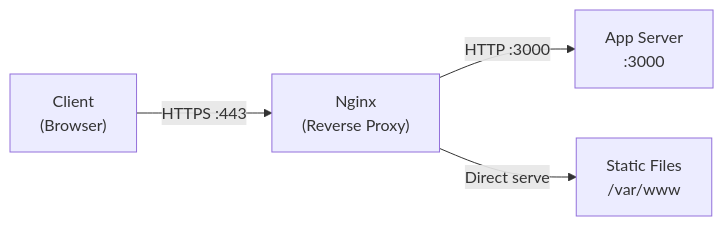
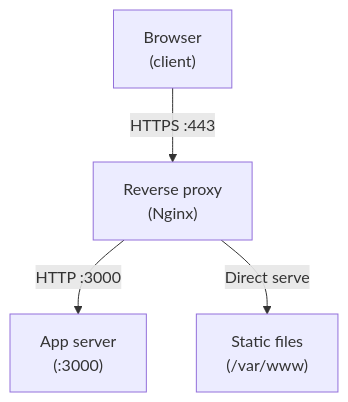
One commit to senlinyy/dev-roadmaps changed the first of 2 diagrams in devops-foundation/networking/nginx-reverse-proxy.md. Above: the diagram before and after it, drawn with Mermaid. The commit also changed other lines of this file and 89 other files, not shown here.

````diff
--- a/devops-foundation/networking/nginx-reverse-proxy.md
+++ b/devops-foundation/networking/nginx-reverse-proxy.md
@@ -37,11 +37,11 @@
 ```mermaid
-flowchart LR
-    Client["Client\n(Browser)"]
-    Nginx["Nginx\n(Reverse Proxy)"]
-    App1["App Server\n:3000"]
-    Static["Static Files\n/var/www"]
+flowchart TD
+    Client["Browser<br/>(client)"]
+    Nginx["Reverse proxy<br/>(Nginx)"]
+    App1["App server<br/>(:3000)"]
+    Static["Static files<br/>(/var/www)"]
 
     Client -->|"HTTPS :443"| Nginx
     Nginx -->|"HTTP :3000"| App1
     Nginx -->|"Direct serve"| Static
 ```
````
